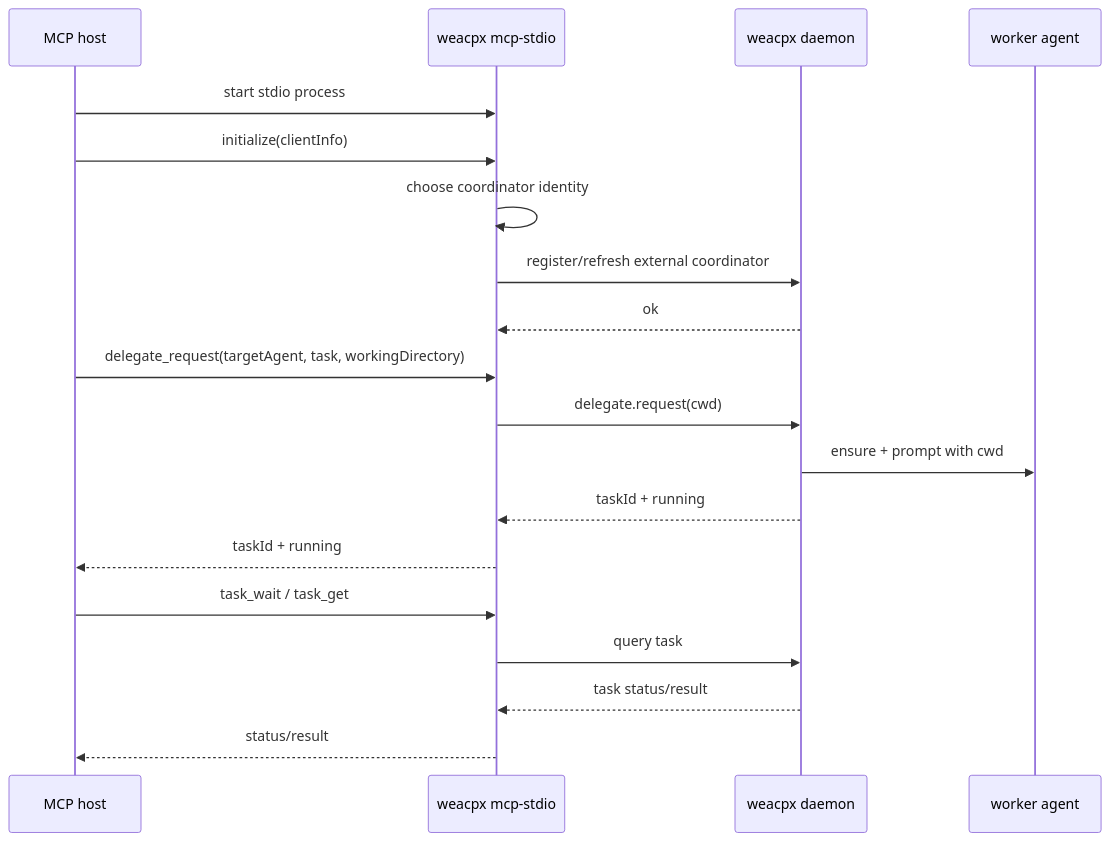
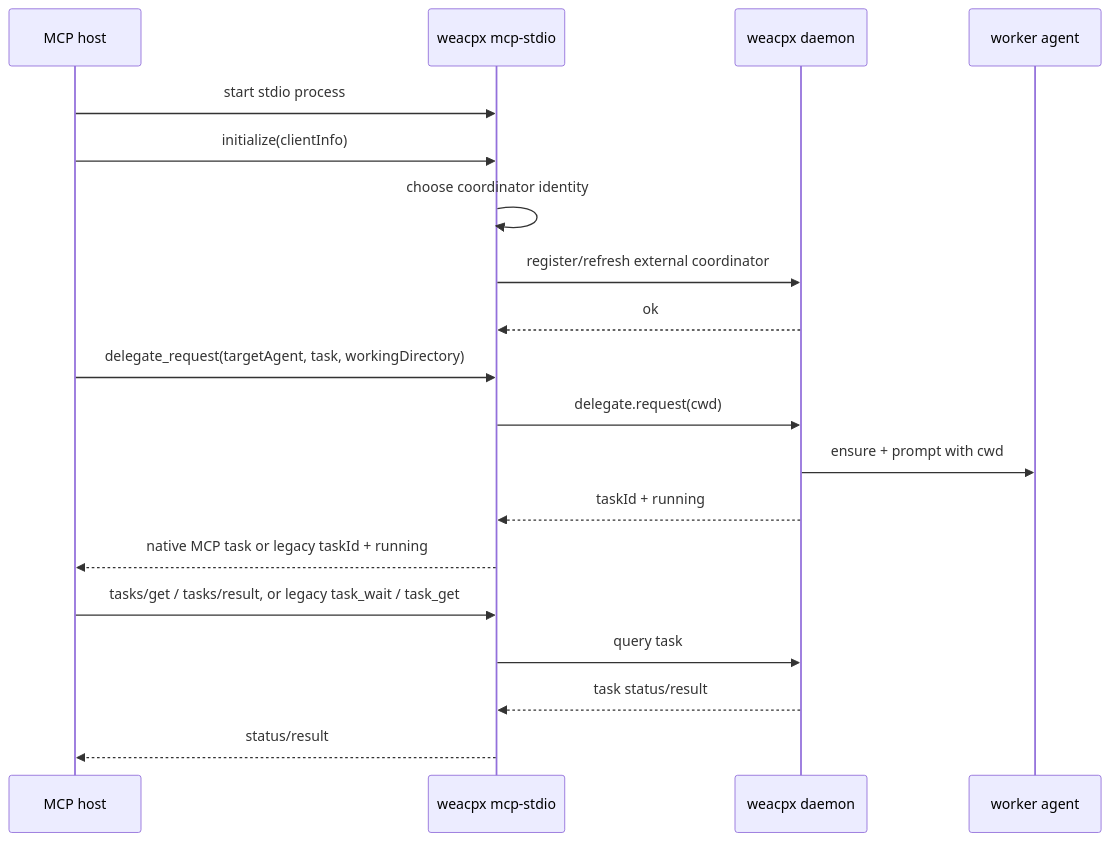
The fourth of 4 diagrams in docs/external-mcp.md (gadzan/weacpx), drawn with Mermaid before and after one commit. The commit also changed other lines of this file and 9 other files, not shown here.

Commit message:
Add agent CLI and MCP task support

````diff
--- a/docs/external-mcp.md
+++ b/docs/external-mcp.md
@@ -223,22 +224,22 @@
 ```mermaid
 sequenceDiagram
   participant Host as MCP host
   participant Mcp as weacpx mcp-stdio
   participant Daemon as weacpx daemon
   participant Worker as worker agent
 
   Host->>Mcp: start stdio process
   Host->>Mcp: initialize(clientInfo)
   Mcp->>Mcp: choose coordinator identity
   Mcp->>Daemon: register/refresh external coordinator
   Daemon-->>Mcp: ok
   Host->>Mcp: delegate_request(targetAgent, task, workingDirectory)
   Mcp->>Daemon: delegate.request(cwd)
   Daemon->>Worker: ensure + prompt with cwd
   Daemon-->>Mcp: taskId + running
-  Mcp-->>Host: taskId + running
-  Host->>Mcp: task_wait / task_get
+  Mcp-->>Host: native MCP task or legacy taskId + running
+  Host->>Mcp: tasks/get / tasks/result, or legacy task_wait / task_get
   Mcp->>Daemon: query task
   Daemon-->>Mcp: task status/result
   Mcp-->>Host: status/result
 ```
````
